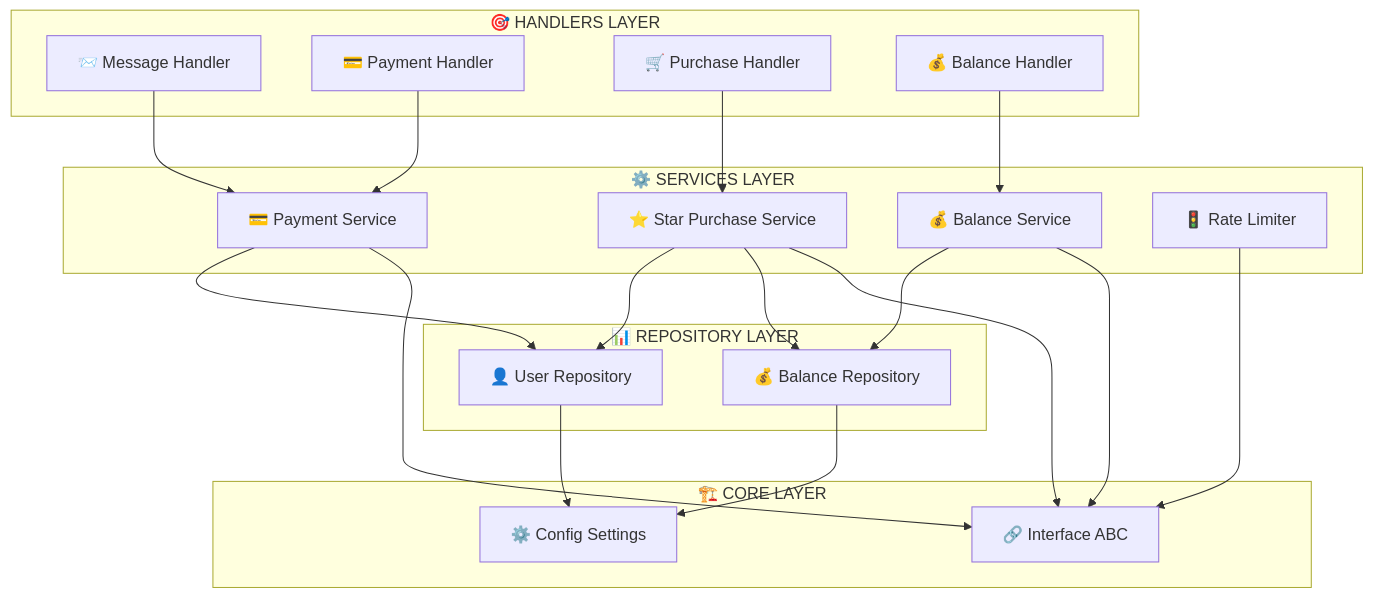
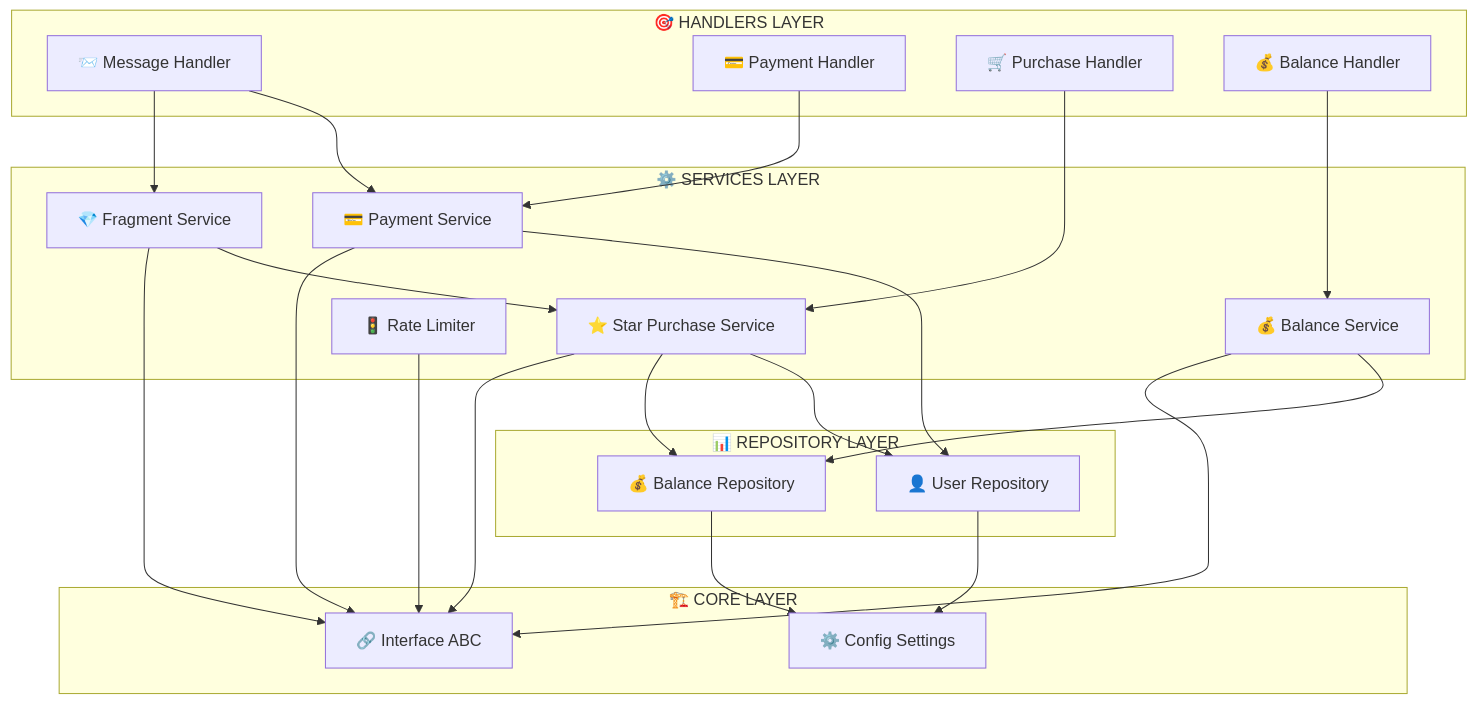
Before and after one commit to neKamita/Mirza-Telegram-Shop-Bot: the third of 10 diagrams in README.md, drawn with Mermaid. The commit also changed other lines of this file and 23 other files, not shown here.

````diff
--- a/README.md
+++ b/README.md
@@ -147,45 +156,49 @@
 ```mermaid
 graph TD
     subgraph "🎯 HANDLERS LAYER"
         MH["📨 Message Handler"]
         PH["💳 Payment Handler"]
         PuH["🛒 Purchase Handler"]
         BH["💰 Balance Handler"]
     end
     
     subgraph "⚙️ SERVICES LAYER"
         PS["💳 Payment Service"]
         BS["💰 Balance Service"]
         SPS["⭐ Star Purchase Service"]
+        FS["💎 Fragment Service"]
         RL["🚦 Rate Limiter"]
     end
     
     subgraph "📊 REPOSITORY LAYER"
         UR["👤 User Repository"]
         BR["💰 Balance Repository"]
     end
     
     subgraph "🏗️ CORE LAYER"
         INT["🔗 Interface ABC"]
         CFG["⚙️ Config Settings"]
     end
     
     %% Connections between layers
     MH --> PS
+    MH --> FS
     PH --> PS
     PuH --> SPS
     BH --> BS
     
     PS --> UR
     BS --> BR
     SPS --> UR
     SPS --> BR
+    FS --> SPS
     
     PS --> INT
     BS --> INT
     SPS --> INT
+    FS --> INT
     RL --> INT
     
     UR --> CFG
     BR --> CFG
 ```
````
